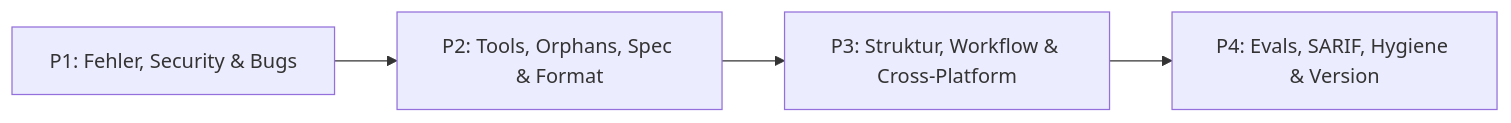
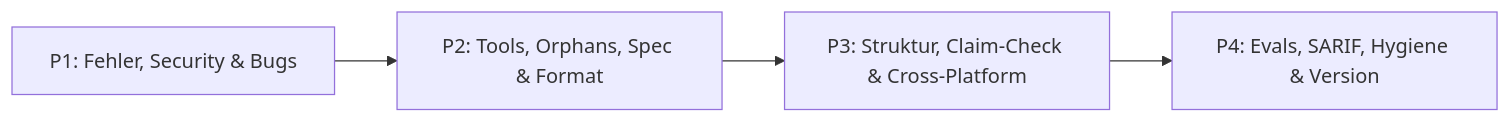
One commit to GermanAutodidact/skill-verbesserungsanalyse changed the diagram in references/BERICHT_VORLAGE.md. Above: the diagram before and after it, drawn with Mermaid. The commit also changed other lines of this file and 10 other files, not shown here.

````diff
--- a/references/BERICHT_VORLAGE.md
+++ b/references/BERICHT_VORLAGE.md
@@ -52,6 +64,6 @@
 ```mermaid
 flowchart LR
   A["P1: Fehler, Security & Bugs"] --> B["P2: Tools, Orphans, Spec & Format"]
-  B --> C["P3: Struktur, Workflow & Cross-Platform"]
+  B --> C["P3: Struktur, Claim-Check & Cross-Platform"]
   C --> D["P4: Evals, SARIF, Hygiene & Version"]
 ```
````
